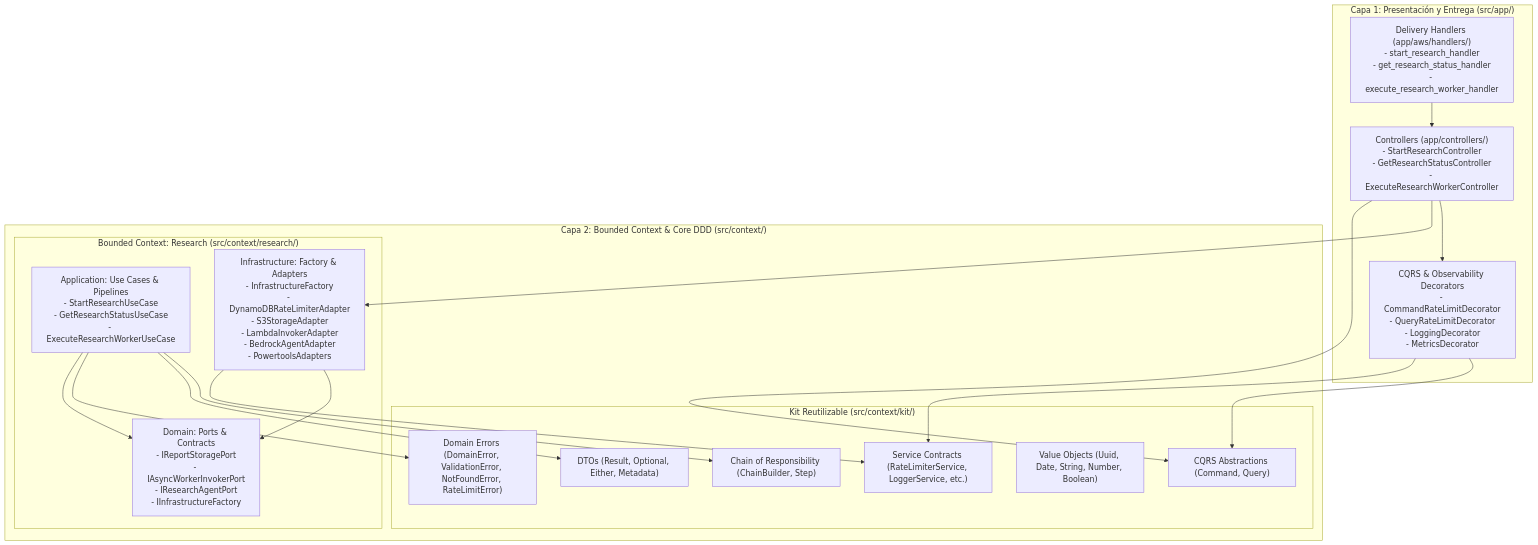
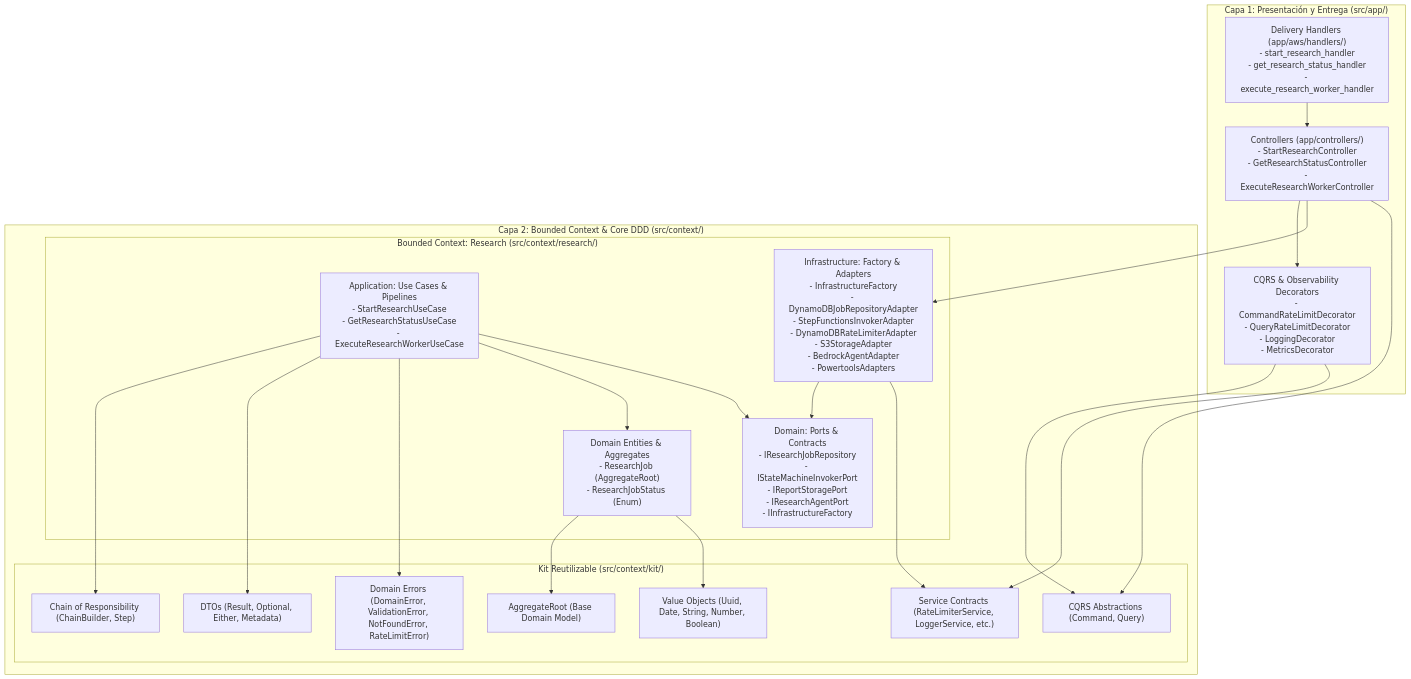
One commit to ruix-soft/serverless-research-agent-aws changed the second of 5 diagrams in docs/architecture.md. Above: the diagram before and after it, drawn with Mermaid. The commit also changed other lines of this file and 22 other files, not shown here.

First line of the commit message:
feat(architecture): implement hybrid Step Functions and DynamoDB state orchestration (Luis Ruiz methodology)

````diff
--- a/docs/architecture.md
+++ b/docs/architecture.md
@@ -58,38 +69,43 @@
 ```mermaid
 graph TD
     subgraph AppLayer ["Capa 1: Presentación y Entrega (src/app/)"]
         Handlers["Delivery Handlers (app/aws/handlers/)<br/>- start_research_handler<br/>- get_research_status_handler<br/>- execute_research_worker_handler"]
         Controllers["Controllers (app/controllers/)<br/>- StartResearchController<br/>- GetResearchStatusController<br/>- ExecuteResearchWorkerController"]
         Decorators["CQRS & Observability Decorators<br/>- CommandRateLimitDecorator<br/>- QueryRateLimitDecorator<br/>- LoggingDecorator<br/>- MetricsDecorator"]
     end
 
     subgraph ContextLayer ["Capa 2: Bounded Context & Core DDD (src/context/)"]
         subgraph KitModule ["Kit Reutilizable (src/context/kit/)"]
+            Aggregate["AggregateRoot (Base Domain Model)"]
             Chain["Chain of Responsibility (ChainBuilder, Step)"]
             CQRS["CQRS Abstractions (Command, Query)"]
             DTOs["DTOs (Result, Optional, Either, Metadata)"]
             Errors["Domain Errors (DomainError, ValidationError, NotFoundError, RateLimitError)"]
             VOs["Value Objects (Uuid, Date, String, Number, Boolean)"]
             Services["Service Contracts (RateLimiterService, LoggerService, etc.)"]
         end
 
         subgraph ResearchContext ["Bounded Context: Research (src/context/research/)"]
+            Entities["Domain Entities & Aggregates<br/>- ResearchJob (AggregateRoot)<br/>- ResearchJobStatus (Enum)"]
             UseCases["Application: Use Cases & Pipelines<br/>- StartResearchUseCase<br/>- GetResearchStatusUseCase<br/>- ExecuteResearchWorkerUseCase"]
-            DomainPorts["Domain: Ports & Contracts<br/>- IReportStoragePort<br/>- IAsyncWorkerInvokerPort<br/>- IResearchAgentPort<br/>- IInfrastructureFactory"]
-            InfraFactory["Infrastructure: Factory & Adapters<br/>- InfrastructureFactory<br/>- DynamoDBRateLimiterAdapter<br/>- S3StorageAdapter<br/>- LambdaInvokerAdapter<br/>- BedrockAgentAdapter<br/>- PowertoolsAdapters"]
+            DomainPorts["Domain: Ports & Contracts<br/>- IResearchJobRepository<br/>- IStateMachineInvokerPort<br/>- IReportStoragePort<br/>- IResearchAgentPort<br/>- IInfrastructureFactory"]
+            InfraFactory["Infrastructure: Factory & Adapters<br/>- InfrastructureFactory<br/>- DynamoDBJobRepositoryAdapter<br/>- StepFunctionsInvokerAdapter<br/>- DynamoDBRateLimiterAdapter<br/>- S3StorageAdapter<br/>- BedrockAgentAdapter<br/>- PowertoolsAdapters"]
         end
     end
 
     Handlers --> Controllers
     Controllers --> Decorators
     Controllers --> InfraFactory
     Controllers --> CQRS
     Decorators --> CQRS
     Decorators --> Services
+    Entities --> Aggregate
+    Entities --> VOs
     UseCases --> Chain
     UseCases --> DTOs
     UseCases --> Errors
+    UseCases --> Entities
     UseCases --> DomainPorts
     InfraFactory --> DomainPorts
     InfraFactory --> Services
 ```
````
